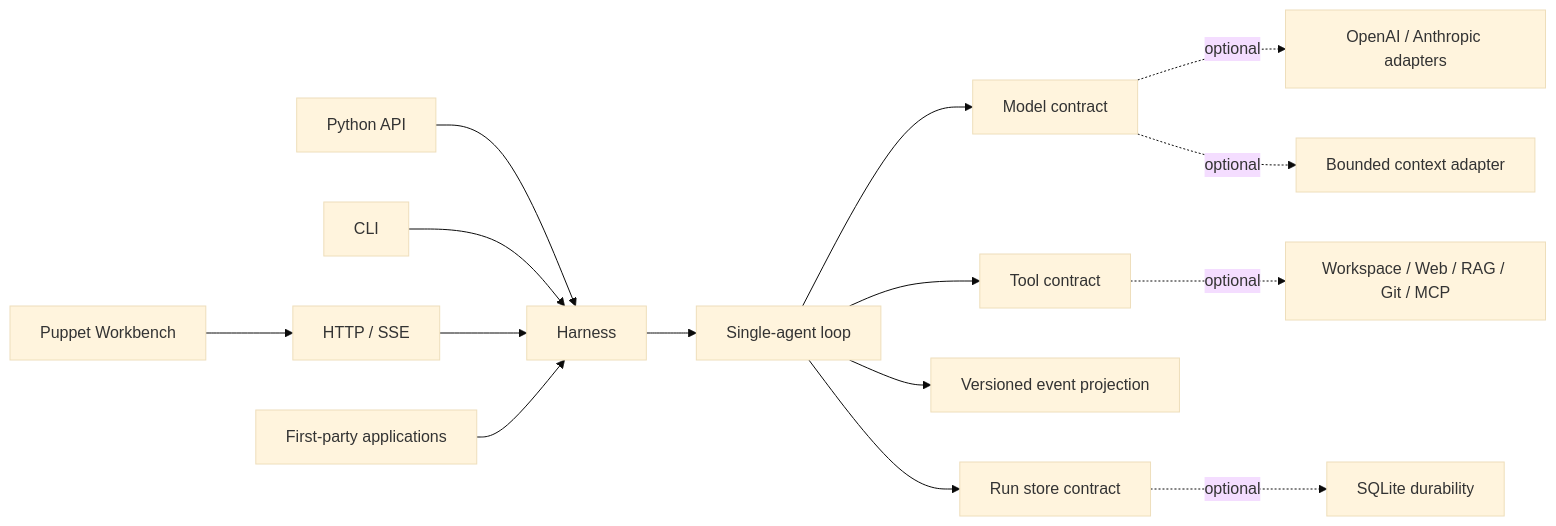
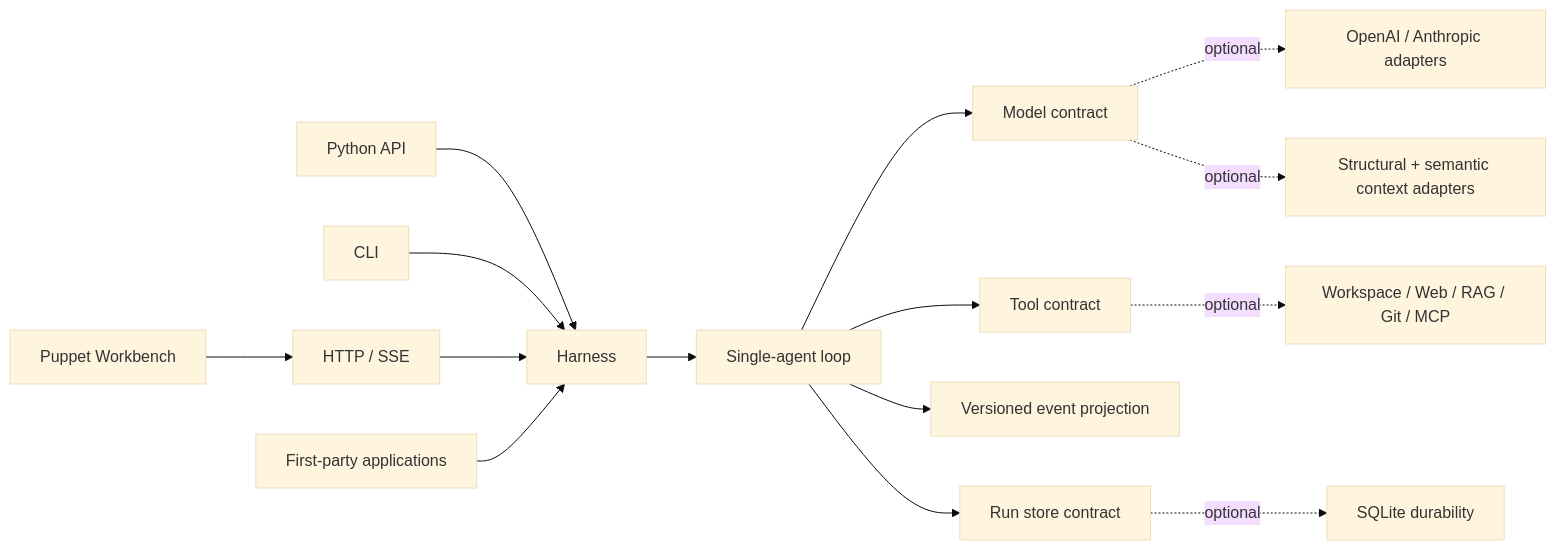
The first of 2 diagrams in README.md (syusama/sasori), drawn with Mermaid (base theme) before and after one commit. The commit also changed other lines of this file and 18 other files, not shown here.

Commit message:
feat(context): add request-bound semantic compaction

````diff
--- a/README.md
+++ b/README.md
@@ -120,19 +120,19 @@
 ```mermaid
 flowchart LR
     P["Python API"] --> H["Harness"]
     C["CLI"] --> H
     S["HTTP / SSE"] --> H
     W["Puppet Workbench"] --> S
     A["First-party applications"] --> H
 
     H --> L["Single-agent loop"]
     L --> M["Model contract"]
     L --> T["Tool contract"]
     L --> E["Versioned event projection"]
     L --> R["Run store contract"]
 
     M -. optional .-> P1["OpenAI / Anthropic adapters"]
-    M -. optional .-> CX["Bounded context adapter"]
+    M -. optional .-> CX["Structural + semantic context adapters"]
     T -. optional .-> X["Workspace / Web / RAG / Git / MCP"]
     R -. optional .-> SQ["SQLite durability"]
 ```
````
